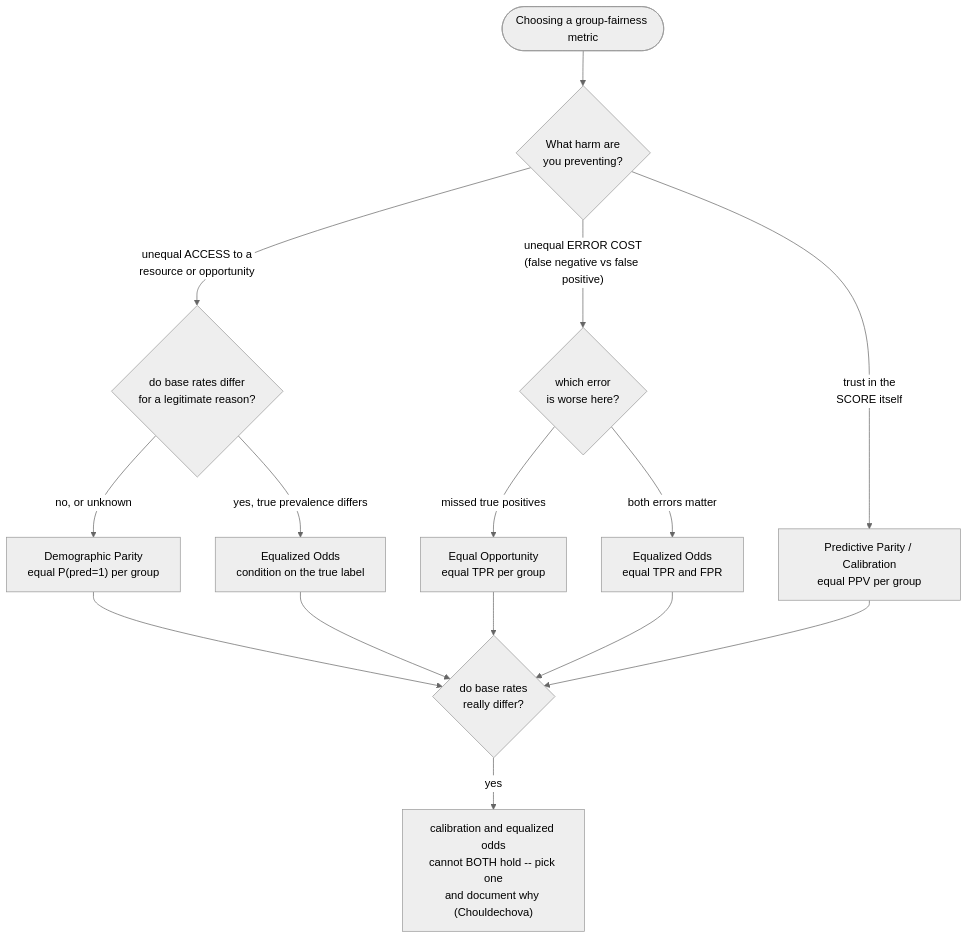
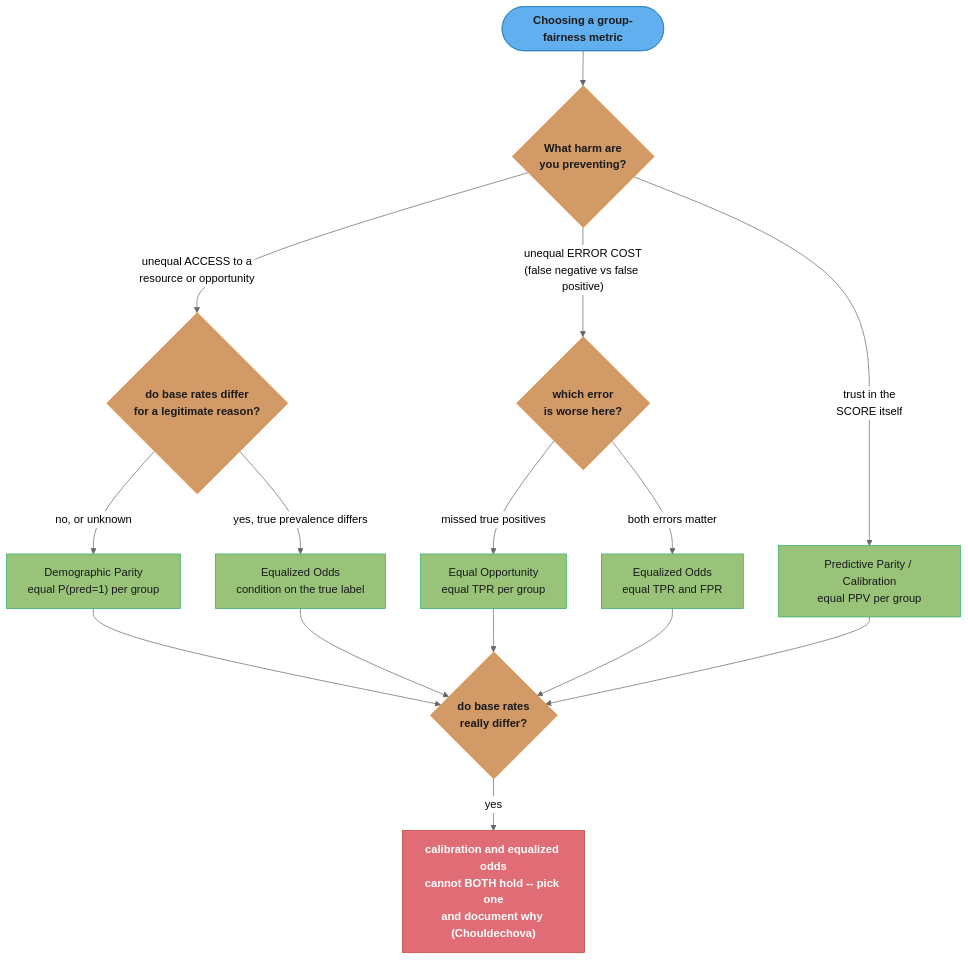
Before and after one commit to rppol/system-design: the second of 3 diagrams in src/main/java/com/rutik/systemdesign/ml/fairness_and_responsible_ai/fairness_and_responsible_ai.md, drawn with Mermaid (neutral theme). The commit also changed other lines of this file and 38 other files, not shown here.

````diff
--- a/src/main/java/com/rutik/systemdesign/ml/fairness_and_responsible_ai/fairness_and_responsible_ai.md
+++ b/src/main/java/com/rutik/systemdesign/ml/fairness_and_responsible_ai/fairness_and_responsible_ai.md
@@ -179,17 +191,30 @@
 ```mermaid
 flowchart TD
+    classDef io      fill:#61afef,stroke:#2e86c1,color:#1a1a1a,font-weight:bold
+    classDef frozen  fill:#c678dd,stroke:#9b59b6,color:#fff
+    classDef train   fill:#98c379,stroke:#27ae60,color:#1a1a1a
+    classDef mathOp  fill:#d19a66,stroke:#e67e22,color:#1a1a1a,font-weight:bold
+    classDef lossN   fill:#e06c75,stroke:#c0392b,color:#fff,font-weight:bold
+    classDef req     fill:#56b6c2,stroke:#0097a7,color:#1a1a1a
+    classDef base    fill:#e5c07b,stroke:#f39c12,color:#1a1a1a
+
     q(["Choosing a group-fairness metric"]) --> harm{"What harm are\nyou preventing?"}
     harm -->|"unequal ACCESS to a\nresource or opportunity"| dp{"do base rates differ\nfor a legitimate reason?"}
     harm -->|"unequal ERROR COST\n(false negative vs false positive)"| costs{"which error\nis worse here?"}
     harm -->|"trust in the\nSCORE itself"| pp["Predictive Parity / Calibration\nequal PPV per group"]
     dp -->|"no, or unknown"| dpres["Demographic Parity\nequal P(pred=1) per group"]
     dp -->|"yes, true prevalence differs"| EOfull["Equalized Odds\ncondition on the true label"]
     costs -->|"missed true positives"| EOpp["Equal Opportunity\nequal TPR per group"]
     costs -->|"both errors matter"| EOb["Equalized Odds\nequal TPR and FPR"]
     dpres --> chk{"do base rates\nreally differ?"}
     EOfull --> chk
     EOpp --> chk
     EOb --> chk
     pp --> chk
     chk -->|"yes"| imp["calibration and equalized odds\ncannot BOTH hold -- pick one\nand document why (Chouldechova)"]
+
+    class q io
+    class harm,dp,costs,chk mathOp
+    class pp,dpres,EOfull,EOpp,EOb train
+    class imp lossN
 ```
````
